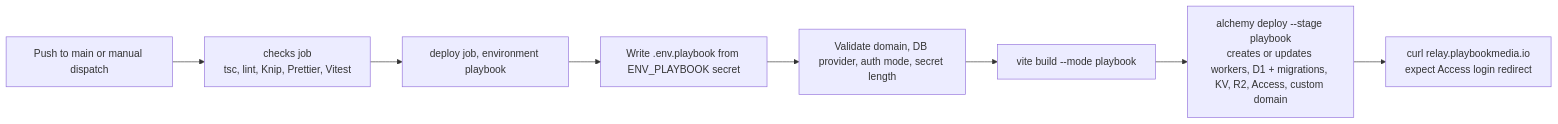
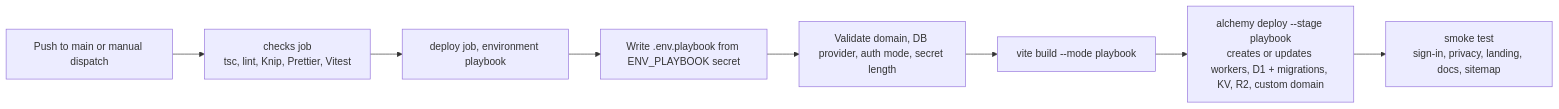
Before and after one commit to PlaybookMediaLLC/open-seo: the fifth of 5 diagrams in docs/maintainers/playbook-deployment.md, drawn with Mermaid. The commit also changed other lines of this file and 3 other files, not shown here.

````diff
--- a/docs/maintainers/playbook-deployment.md
+++ b/docs/maintainers/playbook-deployment.md
@@ -171,10 +175,10 @@
 ```mermaid
 flowchart LR
   push[Push to main or manual dispatch] --> checks[checks job<br/>tsc, lint, Knip, Prettier, Vitest]
   checks --> deploy[deploy job, environment playbook]
   deploy --> env[Write .env.playbook from ENV_PLAYBOOK secret]
   env --> validate[Validate domain, DB provider, auth mode, secret length]
   validate --> build[vite build --mode playbook]
-  build --> alchemy[alchemy deploy --stage playbook<br/>creates or updates workers, D1 + migrations, KV, R2, Access, custom domain]
-  alchemy --> verify[curl relay.playbookmedia.io<br/>expect Access login redirect]
+  build --> alchemy[alchemy deploy --stage playbook<br/>creates or updates workers, D1 + migrations, KV, R2, custom domain]
+  alchemy --> verify[smoke test<br/>sign-in, privacy, landing, docs, sitemap]
 ```
````
